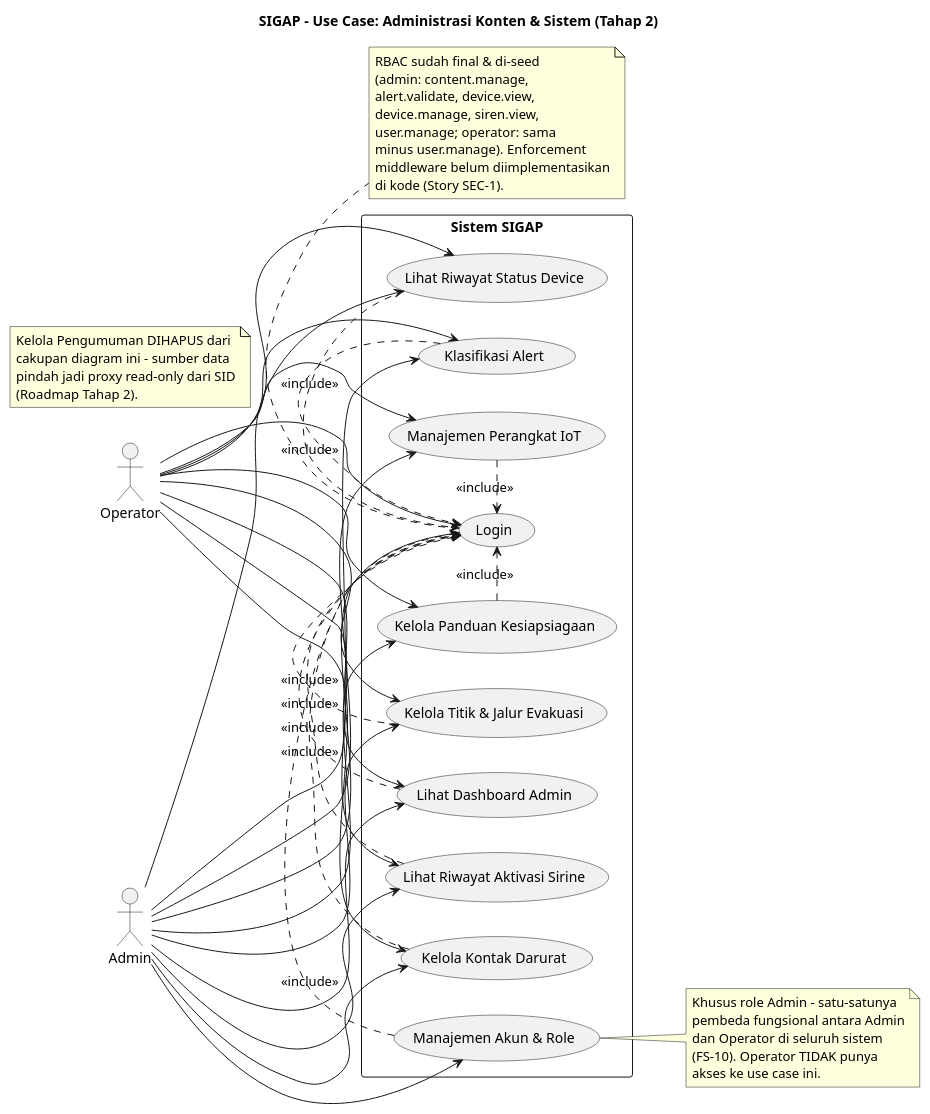
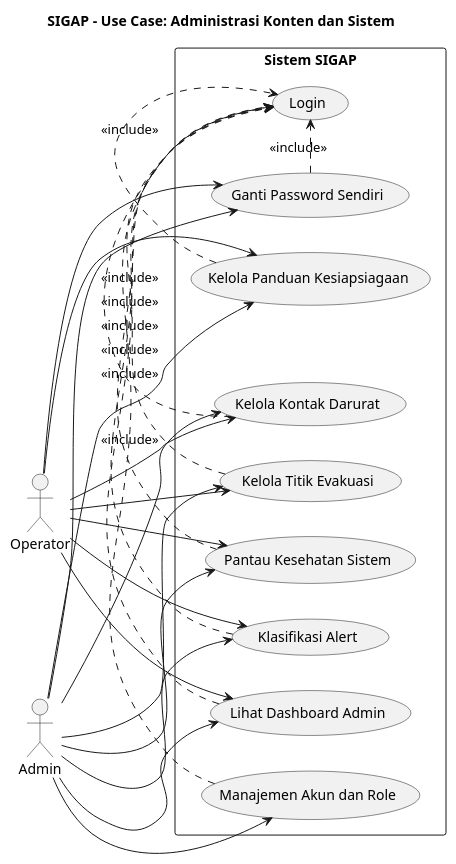
The diagram in docs/business/usecase/uc_admin_dashboard.puml (Vextronode/sigap_app), drawn with PlantUML before and after one commit. The commit also changed 97 other files, not shown here.

```diff
--- a/docs/business/usecase/uc_admin_dashboard.puml
+++ b/docs/business/usecase/uc_admin_dashboard.puml
@@ -1,73 +1,46 @@
 @startuml uc_admin_dashboard
 left to right direction
-title SIGAP - Use Case: Administrasi Konten & Sistem (Tahap 2)
+title SIGAP - Use Case: Administrasi Konten dan Sistem
 
 actor "Admin" as Admin
 actor "Operator" as Operator
 
 rectangle "Sistem SIGAP" {
   usecase "Login" as UC0
-  usecase "Kelola Kontak Darurat" as UC6
-  usecase "Kelola Titik & Jalur Evakuasi" as UC7
-  usecase "Kelola Panduan Kesiapsiagaan" as UC7b
-  usecase "Klasifikasi Alert" as UC8b
-  usecase "Manajemen Perangkat IoT" as UC12
-  usecase "Lihat Riwayat Status Device" as UC13
-  usecase "Lihat Riwayat Aktivasi Sirine" as UC14
-  usecase "Manajemen Akun & Role" as UC15
-  usecase "Lihat Dashboard Admin" as UC16
+  usecase "Kelola Kontak Darurat" as UC1
+  usecase "Kelola Titik Evakuasi" as UC2
+  usecase "Kelola Panduan Kesiapsiagaan" as UC3
+  usecase "Klasifikasi Alert" as UC4
+  usecase "Lihat Dashboard Admin" as UC5
+  usecase "Pantau Kesehatan Sistem" as UC6
+  usecase "Ganti Password Sendiri" as UC7
+  usecase "Manajemen Akun dan Role" as UC8
 }
 
-Admin --> UC0
-Operator --> UC0
+Admin --> UC1
+Admin --> UC2
+Admin --> UC3
+Admin --> UC4
+Admin --> UC5
+Admin --> UC6
+Admin --> UC7
+Admin --> UC8
 
-Admin --> UC6
+Operator --> UC1
+Operator --> UC2
+Operator --> UC3
+Operator --> UC4
+Operator --> UC5
 Operator --> UC6
-Admin --> UC7
 Operator --> UC7
-Admin --> UC7b
-Operator --> UC7b
-Admin --> UC8b
-Operator --> UC8b
-Admin --> UC12
-Operator --> UC12
-Admin --> UC13
-Operator --> UC13
-Admin --> UC14
-Operator --> UC14
-Admin --> UC16
-Operator --> UC16
 
-Admin --> UC15
-note right of UC15
-  Khusus role Admin - satu-satunya
-  pembeda fungsional antara Admin
-  dan Operator di seluruh sistem
-  (FS-10). Operator TIDAK punya
-  akses ke use case ini.
-end note
-
+UC1 .> UC0 : <<include>>
+UC2 .> UC0 : <<include>>
+UC3 .> UC0 : <<include>>
+UC4 .> UC0 : <<include>>
+UC5 .> UC0 : <<include>>
 UC6 .> UC0 : <<include>>
 UC7 .> UC0 : <<include>>
-UC7b .> UC0 : <<include>>
-UC8b .> UC0 : <<include>>
-UC12 .> UC0 : <<include>>
-UC13 .> UC0 : <<include>>
-UC14 .> UC0 : <<include>>
-UC15 .> UC0 : <<include>>
-UC16 .> UC0 : <<include>>
-
-note bottom of UC0
-  RBAC sudah final & di-seed
-  (admin: content.manage,
-  alert.validate, device.view,
-  device.manage, siren.view,
-  user.manage; operator: sama
-  minus user.manage). Enforcement
-  middleware belum diimplementasikan
-  di kode (Story SEC-1).
-end note
-
-note "Kelola Pengumuman DIHAPUS dari\ncakupan diagram ini - sumber data\npindah jadi proxy read-only dari SID\n(Roadmap Tahap 2)." as N1
+UC8 .> UC0 : <<include>>
 
 @enduml
```
